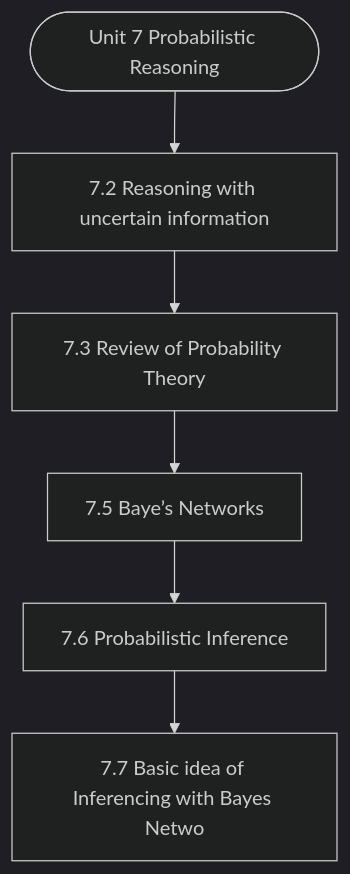
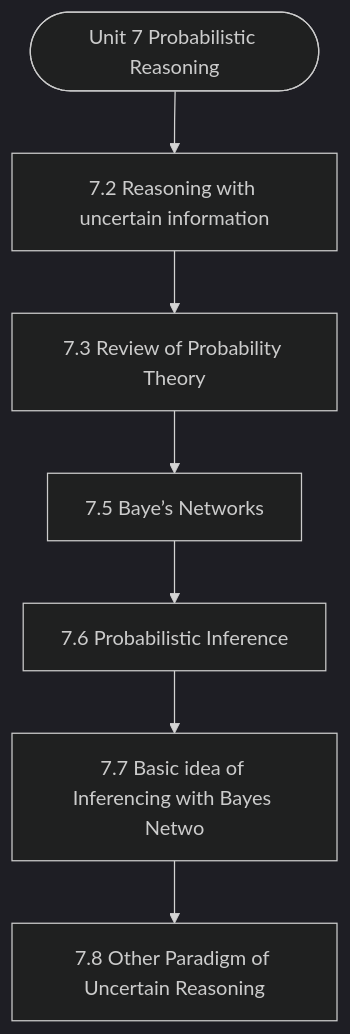
The diagram in notes/Semester_2/MCS-224_Artificial_Intelligence_&_Machine_Learning/unit_07_Probabilistic_Reasoning.md (Asutosh-Coaching/mscdsa), drawn with Mermaid (dark theme) before and after one commit. The commit also changed other lines of this file and 116 other files, not shown here.

````diff
--- a/notes/Semester_2/MCS-224_Artificial_Intelligence_&_Machine_Learning/unit_07_Probabilistic_Reasoning.md
+++ b/notes/Semester_2/MCS-224_Artificial_Intelligence_&_Machine_Learning/unit_07_Probabilistic_Reasoning.md
@@ -19,14 +19,16 @@
 ```mermaid
 flowchart TD
   Start(["Unit 7 Probabilistic Reasoning"])
   N1["7.2 Reasoning with uncertain information"]
   N2["7.3 Review of Probability Theory"]
   N3["7.5 Baye’s Networks"]
   N4["7.6 Probabilistic Inference"]
   N5["7.7 Basic idea of Inferencing with Bayes Netwo"]
+  N6["7.8 Other Paradigm of Uncertain Reasoning"]
   Start --> N1
   N1 --> N2
   N2 --> N3
   N3 --> N4
   N4 --> N5
+  N5 --> N6
 ```
````
